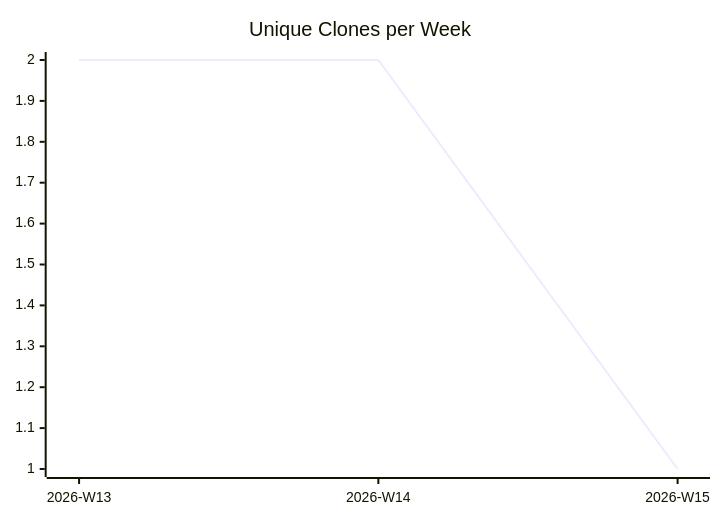
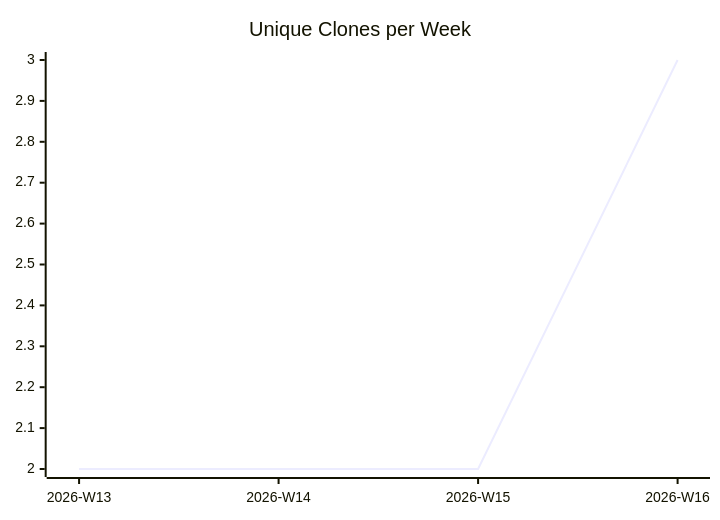
One commit to justdavis-family/github-analytics-data changed the third of 3 diagrams in karlmdavis/bbonfhir-dev-infra-docker/README.md. Above: the diagram before and after it, drawn with Mermaid. The commit also changed other lines of this file and 173 other files, not shown here.

````diff
--- a/karlmdavis/bbonfhir-dev-infra-docker/README.md
+++ b/karlmdavis/bbonfhir-dev-infra-docker/README.md
@@ -19,6 +19,6 @@
 ```mermaid
 xychart-beta
   title "Unique Clones per Week"
-  x-axis ["2026-W13", "2026-W14", "2026-W15"]
-  line [2, 2, 1]
+  x-axis ["2026-W13", "2026-W14", "2026-W15", "2026-W16"]
+  line [2, 2, 2, 3]
 ```
````
